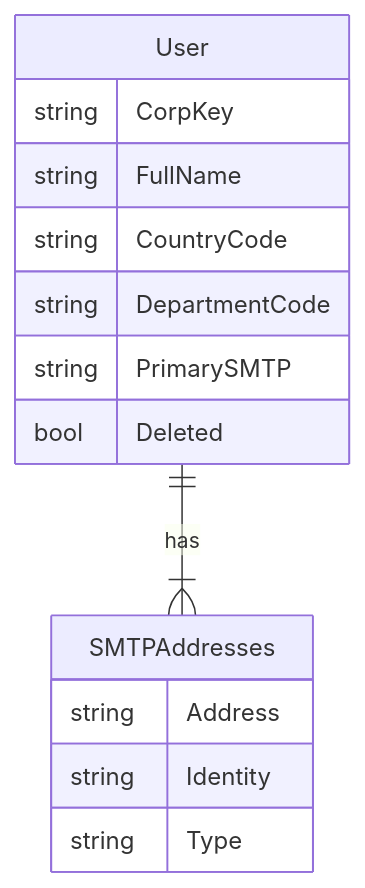
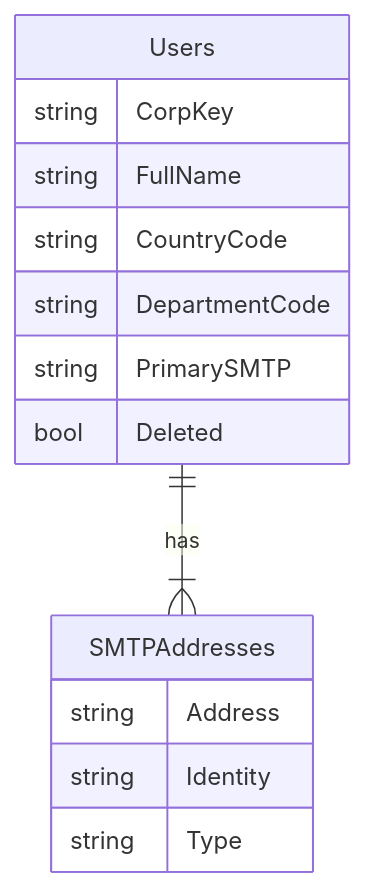
The diagram in docs/services/user-service/ERD.md (yakonstantine/go-msa-lab), drawn with Mermaid before and after one commit. The commit also changed 3 other files, not shown here.

````diff
--- a/docs/services/user-service/ERD.md
+++ b/docs/services/user-service/ERD.md
@@ -79,17 +79,17 @@
 ```mermaid
 erDiagram
-    User ||--|{ SMTPAddresses : has
-    User {
+    Users ||--|{ SMTPAddresses : has
+    Users {
         string CorpKey
         string FullName
         string CountryCode
         string DepartmentCode
         string PrimarySMTP
         bool Deleted
     }
     SMTPAddresses {
         string Address
         string Identity
         string Type
     }
 ```
````
